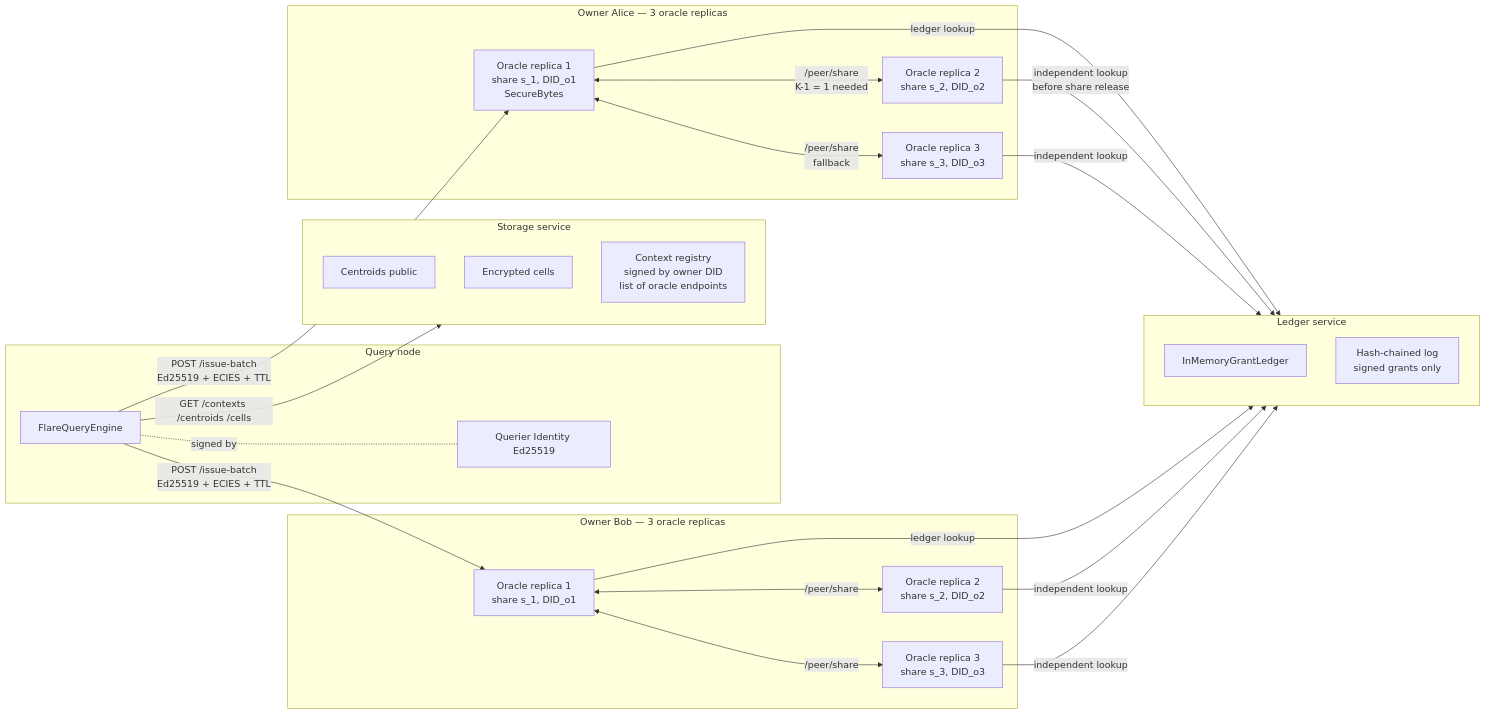
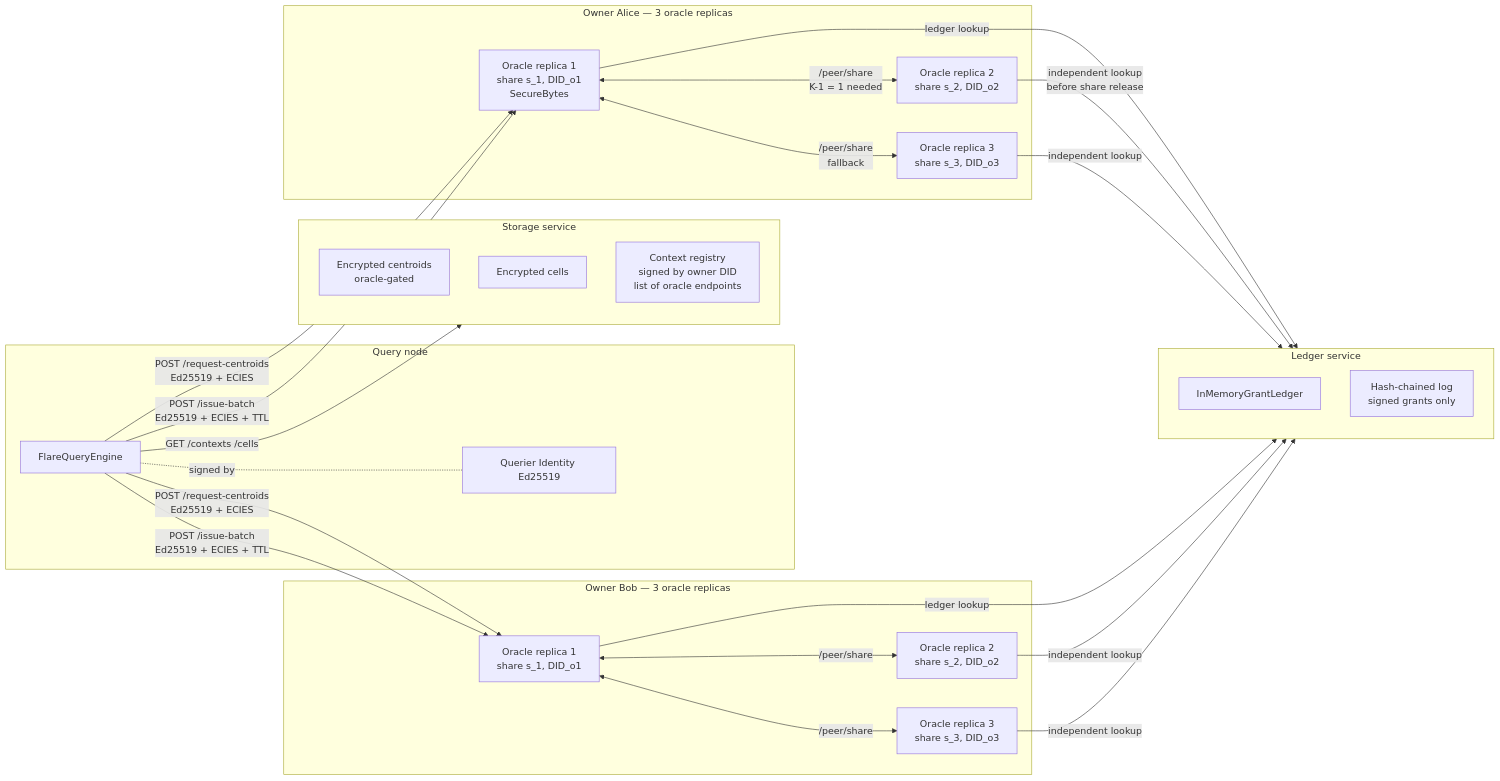
Before and after one commit to Agience/flare-index: the fourth of 5 diagrams in paper/flare.md, drawn with Mermaid. The commit also changed other lines of this file and 29 other files, not shown here.

````diff
--- a/paper/flare.md
+++ b/paper/flare.md
@@ -225,41 +226,43 @@
 ```mermaid
 flowchart LR
     subgraph QN[Query node]
         QE[FlareQueryEngine]
         ID[Querier Identity Ed25519]
     end
     subgraph LG[Ledger service]
         LD[InMemoryGrantLedger]
         CHN[Hash-chained log<br/>signed grants only]
     end
     subgraph ST[Storage service]
-        SC[Centroids public]
+        SC[Encrypted centroids<br/>oracle-gated]
         CC[Encrypted cells]
         REG[Context registry<br/>signed by owner DID<br/>list of oracle endpoints]
     end
     subgraph OA[Owner Alice — 3 oracle replicas]
         OA1[Oracle replica 1<br/>share s_1, DID_o1<br/>SecureBytes]
         OA2[Oracle replica 2<br/>share s_2, DID_o2]
         OA3[Oracle replica 3<br/>share s_3, DID_o3]
     end
     subgraph OB[Owner Bob — 3 oracle replicas]
         OB1[Oracle replica 1<br/>share s_1, DID_o1]
         OB2[Oracle replica 2<br/>share s_2, DID_o2]
         OB3[Oracle replica 3<br/>share s_3, DID_o3]
     end
 
-    QE -->|GET /contexts /centroids /cells| ST
+    QE -->|GET /contexts /cells| ST
+    QE -->|POST /request-centroids<br/>Ed25519 + ECIES| OA1
     QE -->|POST /issue-batch<br/>Ed25519 + ECIES + TTL| OA1
+    QE -->|POST /request-centroids<br/>Ed25519 + ECIES| OB1
     QE -->|POST /issue-batch<br/>Ed25519 + ECIES + TTL| OB1
     OA1 <-->|/peer/share<br/>K-1 = 1 needed| OA2
     OA1 <-->|/peer/share<br/>fallback| OA3
     OB1 <-->|/peer/share| OB2
     OB1 <-->|/peer/share| OB3
     OA1 -->|ledger lookup| LG
     OA2 -->|independent lookup<br/>before share release| LG
     OA3 -->|independent lookup| LG
     OB1 -->|ledger lookup| LG
     OB2 -->|independent lookup| LG
     OB3 -->|independent lookup| LG
     QE -.signed by.- ID
 ```
````
